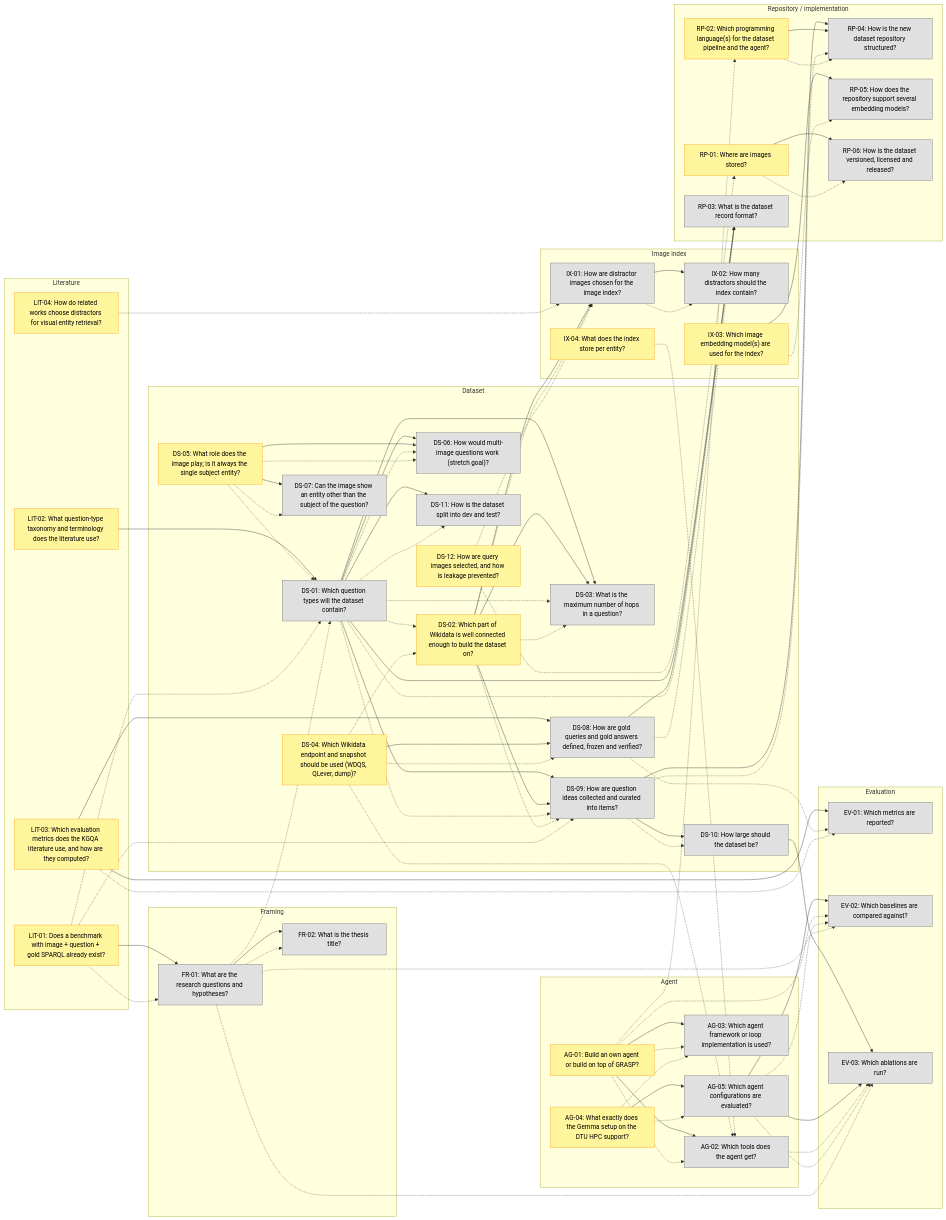
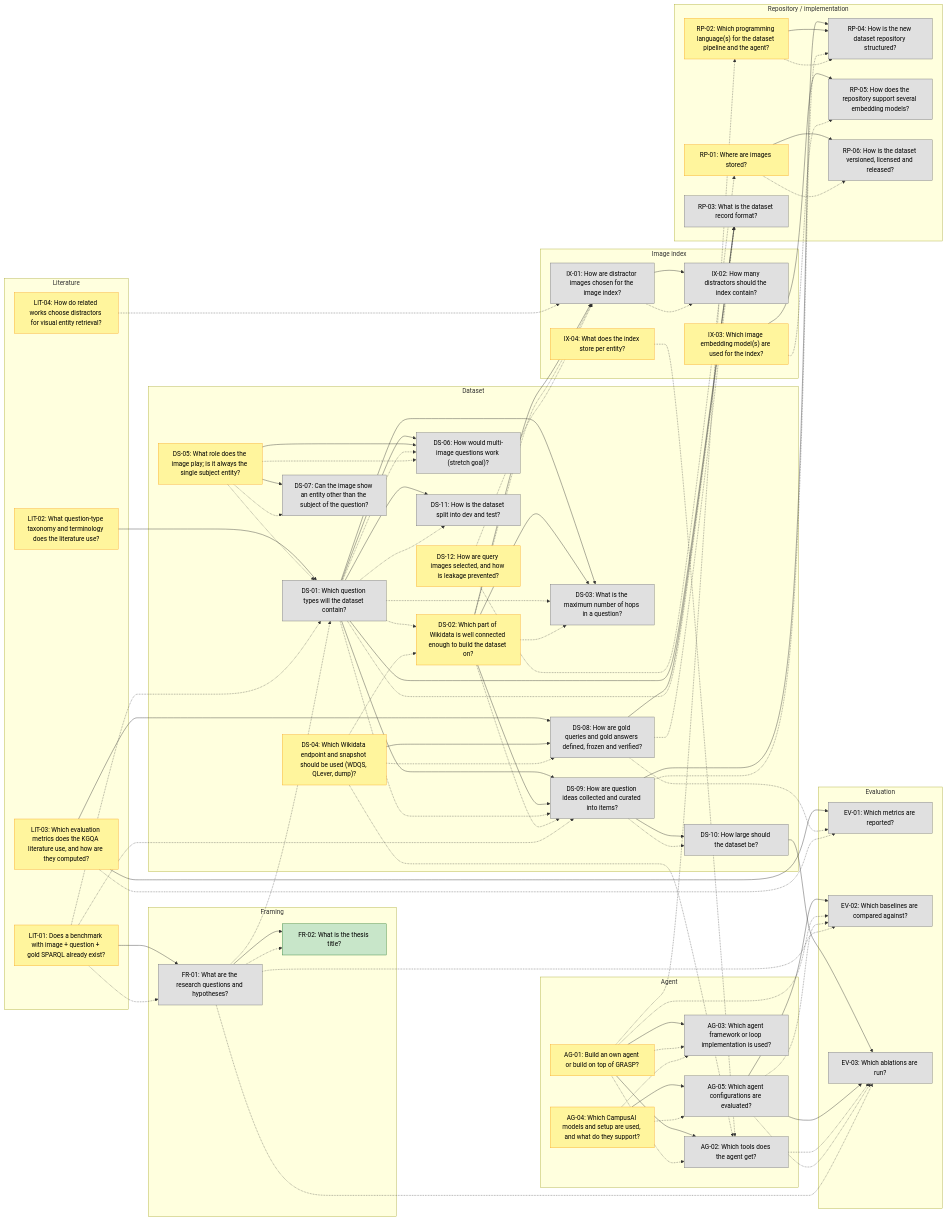
One commit to andrezz-b/thesis-paper changed the diagram in docs/questions/README.md. Above: the diagram before and after it, drawn with Mermaid. The commit also changed other lines of this file and 11 other files, not shown here.

````diff
--- a/docs/questions/README.md
+++ b/docs/questions/README.md
@@ -179,7 +180,7 @@
     AG_01["AG-01: Build an own agent or build on top of GRASP?"]
     AG_02["AG-02: Which tools does the agent get?"]
     AG_03["AG-03: Which agent framework or loop implementation is used?"]
-    AG_04["AG-04: What exactly does the Gemma setup on the DTU HPC support?"]
+    AG_04["AG-04: Which CampusAI models and setup are used, and what do they support?"]
     AG_05["AG-05: Which agent configurations are evaluated?"]
   end
   subgraph EV["Evaluation"]
@@ -271,6 +272,7 @@
   classDef resolved fill:#c8e6c9,stroke:#2e7d32,color:#000
   classDef ready fill:#fff59d,stroke:#f9a825,color:#000
   classDef blocked fill:#e0e0e0,stroke:#757575,color:#000
+  class FR_02 resolved
   class LIT_02,DS_02,AG_04,LIT_03,DS_04,LIT_01,RP_01,RP_02,DS_05,DS_12,LIT_04,IX_03,IX_04,AG_01 ready
-  class DS_01,DS_09,DS_08,IX_01,DS_10,FR_01,DS_03,FR_02,IX_02,RP_03,RP_04,DS_06,DS_07,DS_11,RP_05,RP_06,AG_02,AG_05,EV_01,EV_02,AG_03,EV_03 blocked
+  class DS_01,DS_09,DS_08,IX_01,DS_10,FR_01,DS_03,IX_02,RP_03,RP_04,DS_06,DS_07,DS_11,RP_05,RP_06,AG_02,AG_05,EV_01,EV_02,AG_03,EV_03 blocked
 ```
````
